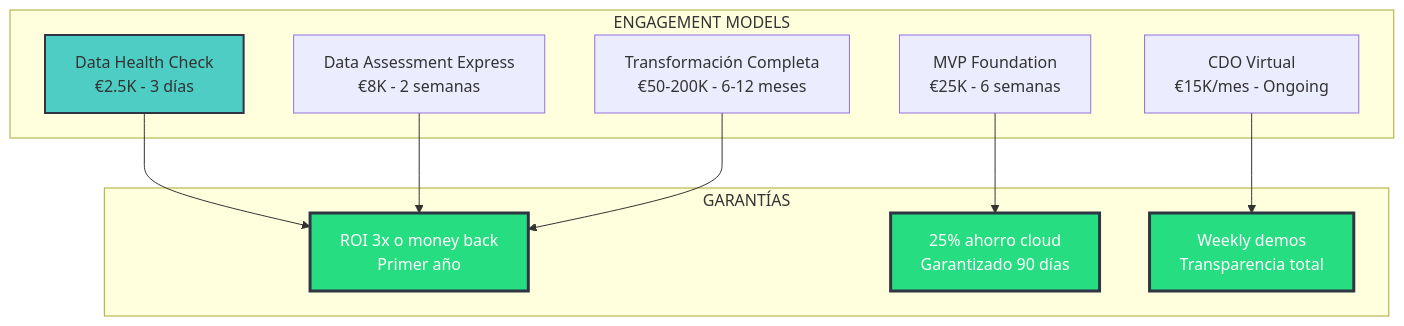
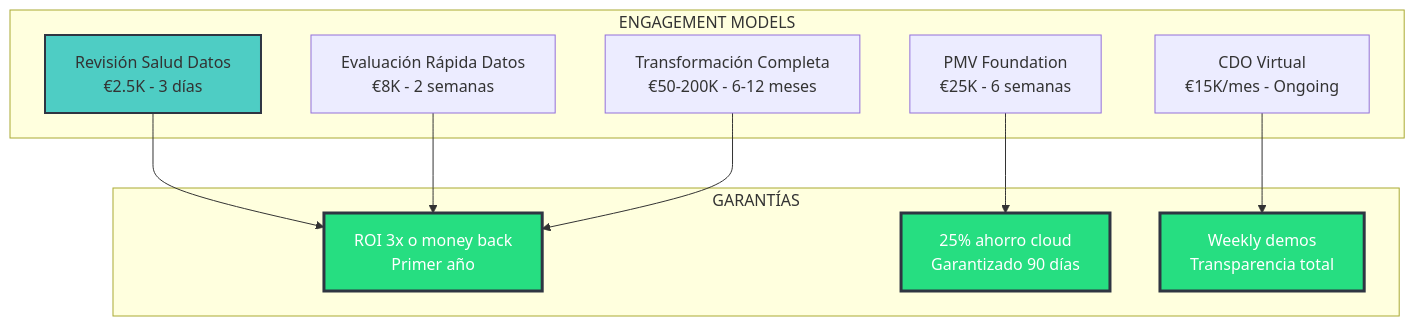
Before and after one commit to arielmmdx/offering: diagram 13 of 17 in readme.md, drawn with Mermaid. The commit also changed other lines of this file, not shown here.

````diff
--- a/readme.md
+++ b/readme.md
@@ -586,27 +553,27 @@
 ```mermaid
 graph TB
     subgraph "ENGAGEMENT MODELS"
-        A[Data Health Check<br/>€2.5K - 3 días]
-        B[Data Assessment Express<br/>€8K - 2 semanas]
-        C[MVP Foundation<br/>€25K - 6 semanas]
+        A[Revisión Salud Datos<br/>€2.5K - 3 días]
+        B[Evaluación Rápida Datos<br/>€8K - 2 semanas]
+        C[PMV Foundation<br/>€25K - 6 semanas]
         D[CDO Virtual<br/>€15K/mes - Ongoing]
         E[Transformación Completa<br/>€50-200K - 6-12 meses]
     end
     
     subgraph "GARANTÍAS"
         F[ROI 3x o money back<br/>Primer año]
         G[25% ahorro cloud<br/>Garantizado 90 días]
         H[Weekly demos<br/>Transparencia total]
     end
     
     A --> F
     B --> F
     C --> G
     D --> H
     E --> F
     
     style A fill:#4ecdc4,stroke:#2f3542,stroke-width:2px
     style F fill:#26de81,stroke:#2f3542,stroke-width:3px,color:#fff
     style G fill:#26de81,stroke:#2f3542,stroke-width:3px,color:#fff
     style H fill:#26de81,stroke:#2f3542,stroke-width:3px,color:#fff
 ```
````
